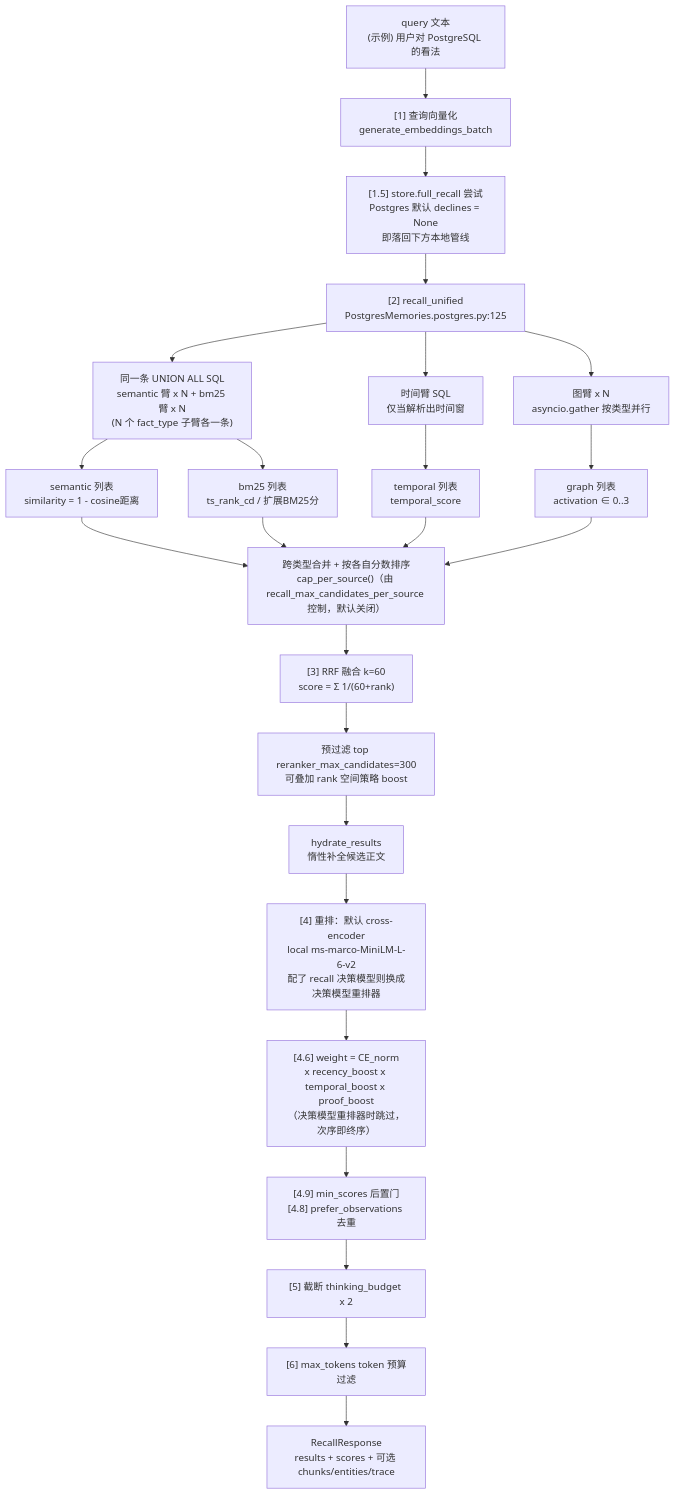
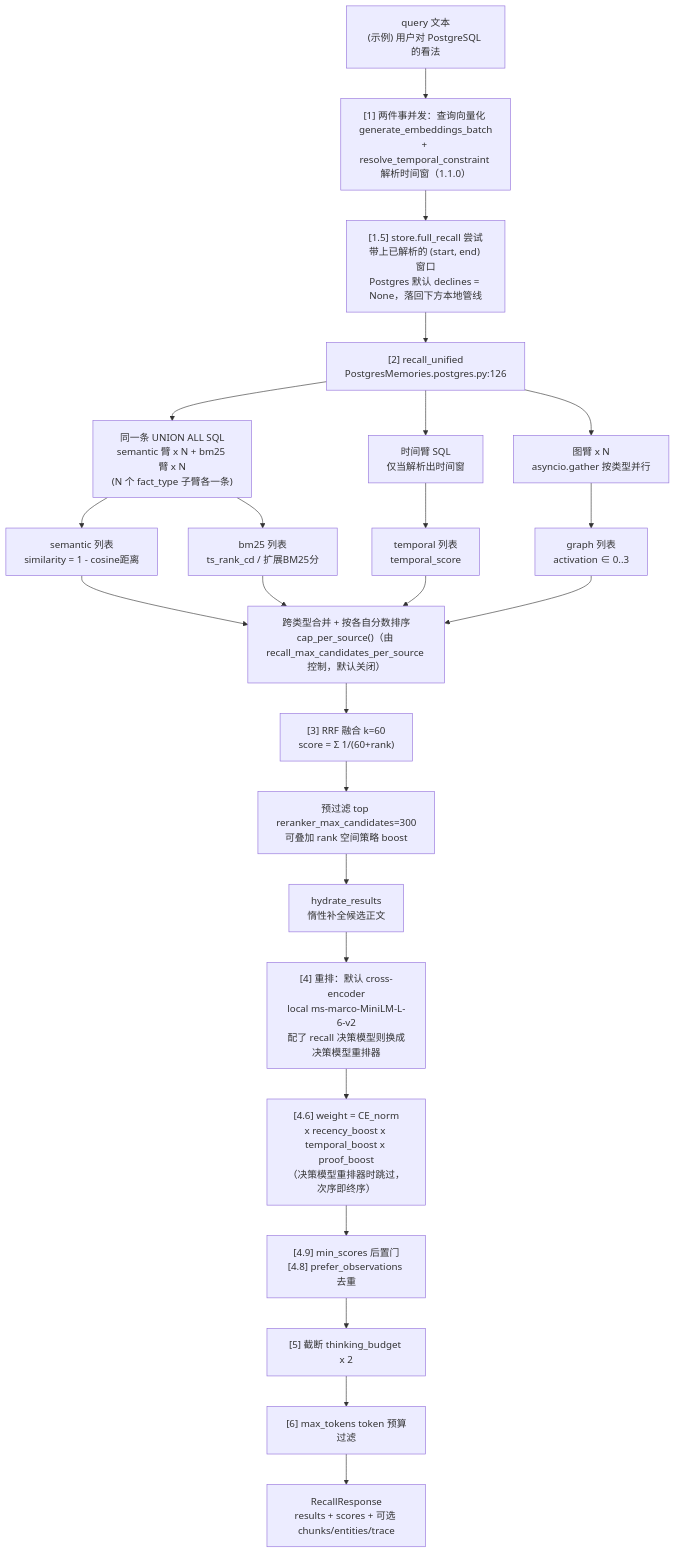
The first of 2 diagrams in docs/hindsight/source-study/03-recall-检索系统.md (stefanv5/memory-platform-architecture), drawn with Mermaid before and after one commit. The commit also changed other lines of this file and 10 other files, not shown here.

````diff
--- a/docs/hindsight/source-study/03-recall-检索系统.md
+++ b/docs/hindsight/source-study/03-recall-检索系统.md
@@ -95,30 +96,30 @@
 ```mermaid
 flowchart TB
-    Q["query 文本<br/>(示例) 用户对 PostgreSQL 的看法"] --> EMB["[1] 查询向量化<br/>generate_embeddings_batch"]
-    EMB --> FR["[1.5] store.full_recall 尝试<br/>Postgres 默认 declines = None<br/>即落回下方本地管线"]
-    FR --> RU["[2] recall_unified<br/>PostgresMemories.postgres.py:125"]
+    Q["query 文本<br/>(示例) 用户对 PostgreSQL 的看法"] --> EMB["[1] 两件事并发：查询向量化 generate_embeddings_batch<br/>+ resolve_temporal_constraint 解析时间窗（1.1.0）"]
+    EMB --> FR["[1.5] store.full_recall 尝试<br/>带上已解析的 (start, end) 窗口<br/>Postgres 默认 declines = None，落回下方本地管线"]
+    FR --> RU["[2] recall_unified<br/>PostgresMemories.postgres.py:126"]
 
     RU --> SB["同一条 UNION ALL SQL<br/>semantic 臂 x N + bm25 臂 x N<br/>(N 个 fact_type 子臂各一条)"]
     RU --> TE["时间臂 SQL<br/>仅当解析出时间窗"]
     RU --> GR["图臂 x N<br/>asyncio.gather 按类型并行"]
 
     SB --> SEM["semantic 列表<br/>similarity = 1 - cosine距离"]
     SB --> KW["bm25 列表<br/>ts_rank_cd / 扩展BM25分"]
     TE --> TEM["temporal 列表<br/>temporal_score"]
     GR --> GRA["graph 列表<br/>activation ∈ 0..3"]
 
     SEM --> SORT["跨类型合并 + 按各自分数排序<br/>cap_per_source()（由 recall_max_candidates_per_source 控制，默认关闭）"]
     KW --> SORT
     TEM --> SORT
     GRA --> SORT
 
     SORT --> RRF["[3] RRF 融合 k=60<br/>score = Σ 1/(60+rank)"]
     RRF --> PRE["预过滤 top reranker_max_candidates=300<br/>可叠加 rank 空间策略 boost"]
     PRE --> HYD["hydrate_results<br/>惰性补全候选正文"]
     HYD --> CE["[4] 重排：默认 cross-encoder<br/>local ms-marco-MiniLM-L-6-v2<br/>配了 recall 决策模型则换成决策模型重排器"]
     CE --> CS["[4.6] weight = CE_norm<br/>x recency_boost x temporal_boost x proof_boost<br/>（决策模型重排器时跳过，次序即终序）"]
     CS --> MS["[4.9] min_scores 后置门<br/>[4.8] prefer_observations 去重"]
     MS --> TR["[5] 截断 thinking_budget x 2"]
     TR --> TOK["[6] max_tokens token 预算过滤"]
     TOK --> RES["RecallResponse<br/>results + scores + 可选 chunks/entities/trace"]
 ```
````
